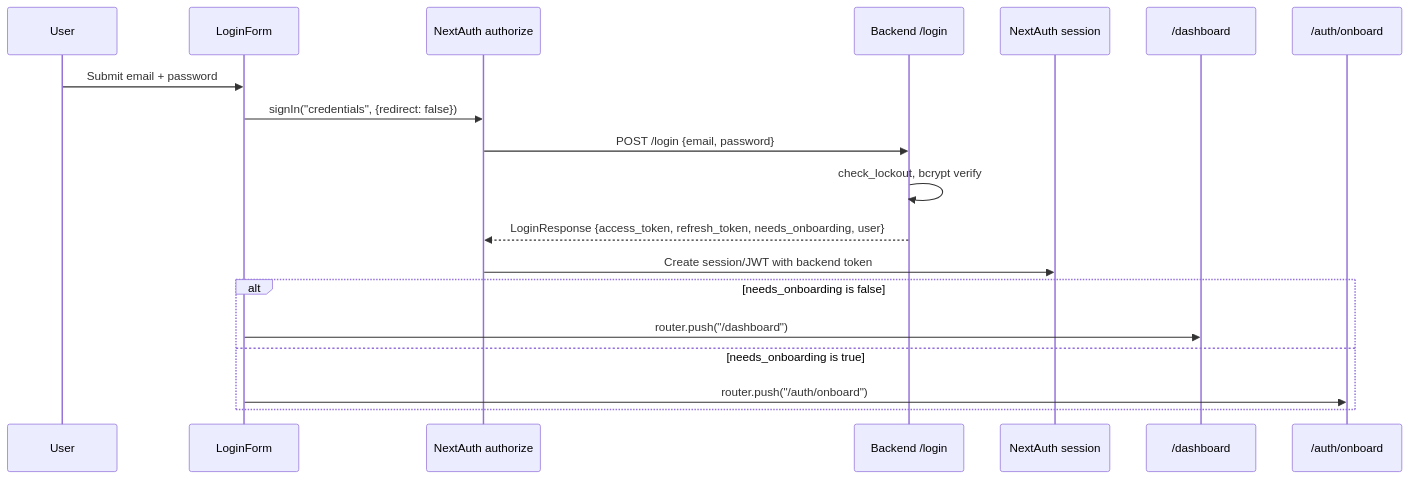
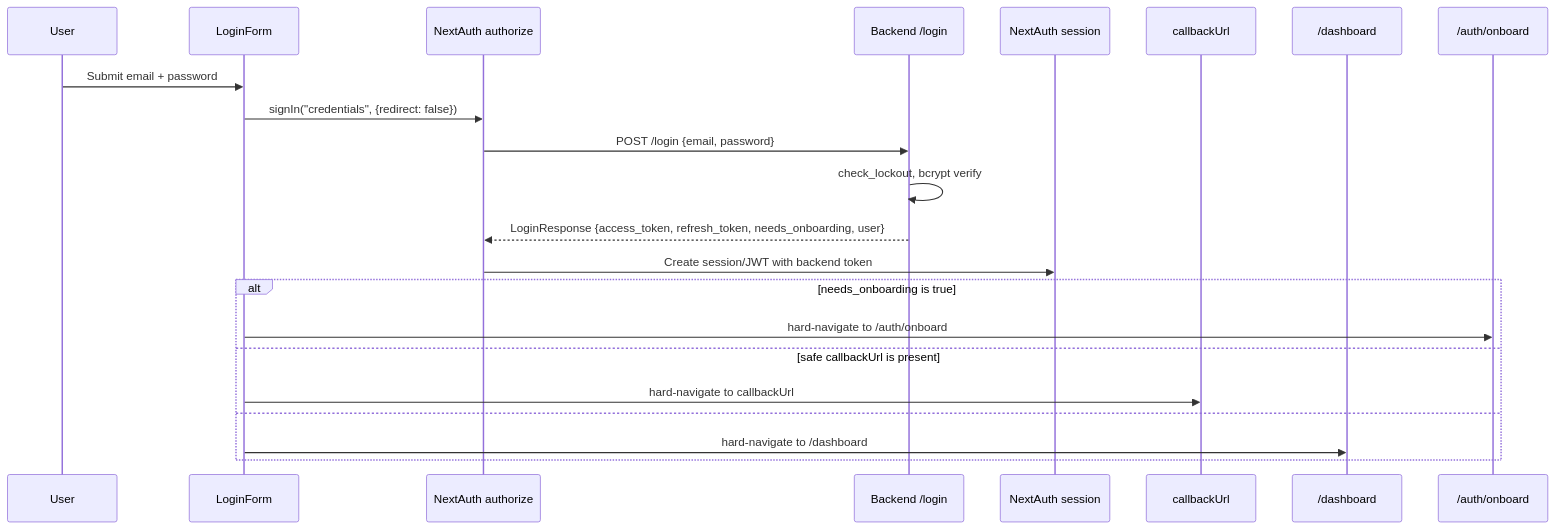
One commit to full-chaos/dev-health-web changed the third of 16 diagrams in docs/auth-system.md. Above: the diagram before and after it, drawn with Mermaid. The commit also changed other lines of this file and 16 other files, not shown here.

Commit message:
fix(auth): restore callback after login

````diff
--- a/docs/auth-system.md
+++ b/docs/auth-system.md
@@ -108,22 +108,25 @@
 ```mermaid
 sequenceDiagram
     participant U as User
     participant LF as LoginForm
     participant NA as NextAuth authorize
     participant L as Backend /login
     participant S as NextAuth session
+    participant C as callbackUrl
     participant D as /dashboard
     participant O as /auth/onboard
 
     U->>LF: Submit email + password
     LF->>NA: signIn("credentials", {redirect: false})
     NA->>L: POST /login {email, password}
     L->>L: check_lockout, bcrypt verify
     L-->>NA: LoginResponse {access_token, refresh_token, needs_onboarding, user}
     NA->>S: Create session/JWT with backend token
-    alt needs_onboarding is false
-        LF->>D: router.push("/dashboard")
-    else needs_onboarding is true
-        LF->>O: router.push("/auth/onboard")
+    alt needs_onboarding is true
+        LF->>O: hard-navigate to /auth/onboard
+    else safe callbackUrl is present
+        LF->>C: hard-navigate to callbackUrl
+    else
+        LF->>D: hard-navigate to /dashboard
     end
 ```
````
